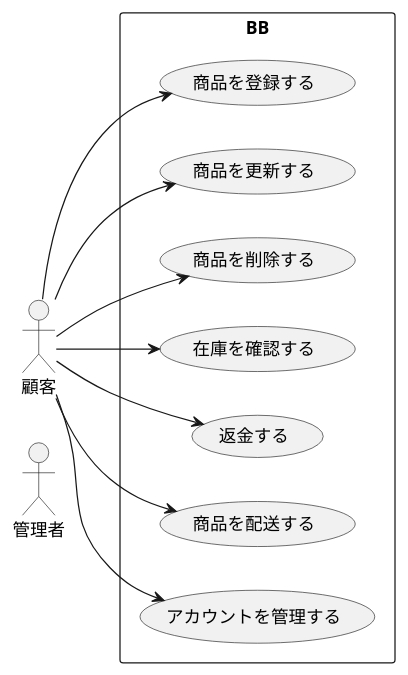
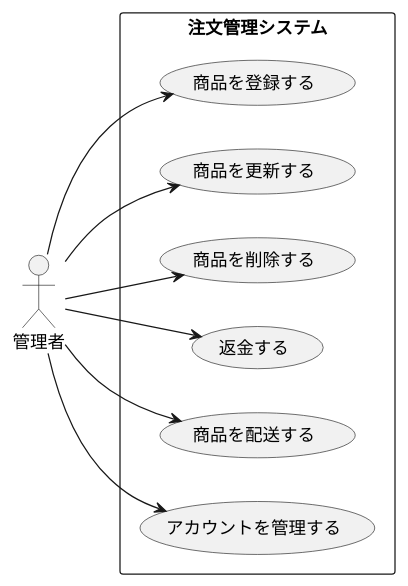
One commit to FujikawaHirono0520/group3_1_dogdog changed the diagram in BB/usecase_admin.pu. Above: the diagram before and after it, drawn with PlantUML. The commit also changed 1 other file, not shown here.

```diff
--- a/BB/usecase_admin.pu
+++ b/BB/usecase_admin.pu
@@ -1,23 +1,21 @@
 @startuml BB注文管理システムユースケース図
 left to right direction
 actor 管理者
 
-rectangle BB {
+rectangle 注文管理システム {
   usecase "商品を登録する" as UC1
   usecase "商品を更新する" as UC2
   usecase "商品を削除する" as UC3
-  usecase "在庫を確認する" as UC4
-  usecase "返金する" as UC5
-  usecase "商品を配送する" as UC6
-  usecase "アカウントを管理する" as UC7
+  usecase "返金する" as UC4
+  usecase "商品を配送する" as UC5
+  usecase "アカウントを管理する" as UC6
 
 }
 
-顧客 --> UC1
-顧客 --> UC2
-顧客 --> UC3
-顧客 --> UC4
-顧客 --> UC5
-顧客 --> UC6
-顧客 --> UC7
+管理者 --> UC1
+管理者 --> UC2
+管理者 --> UC3
+管理者 --> UC4
+管理者 --> UC5
+管理者 --> UC6
 @enduml
```
